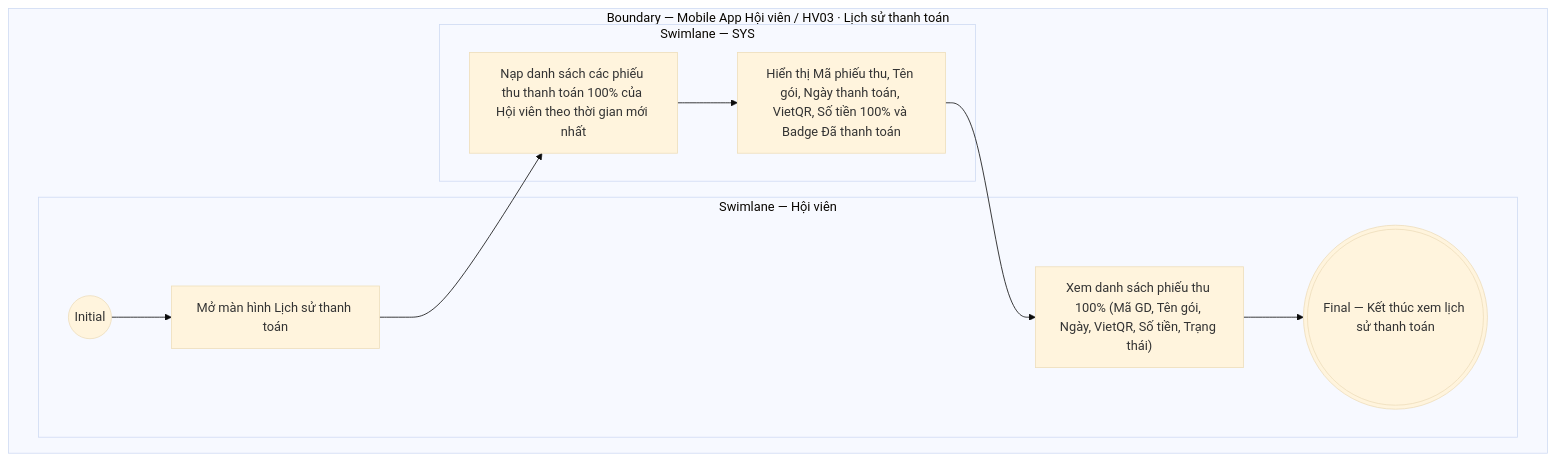
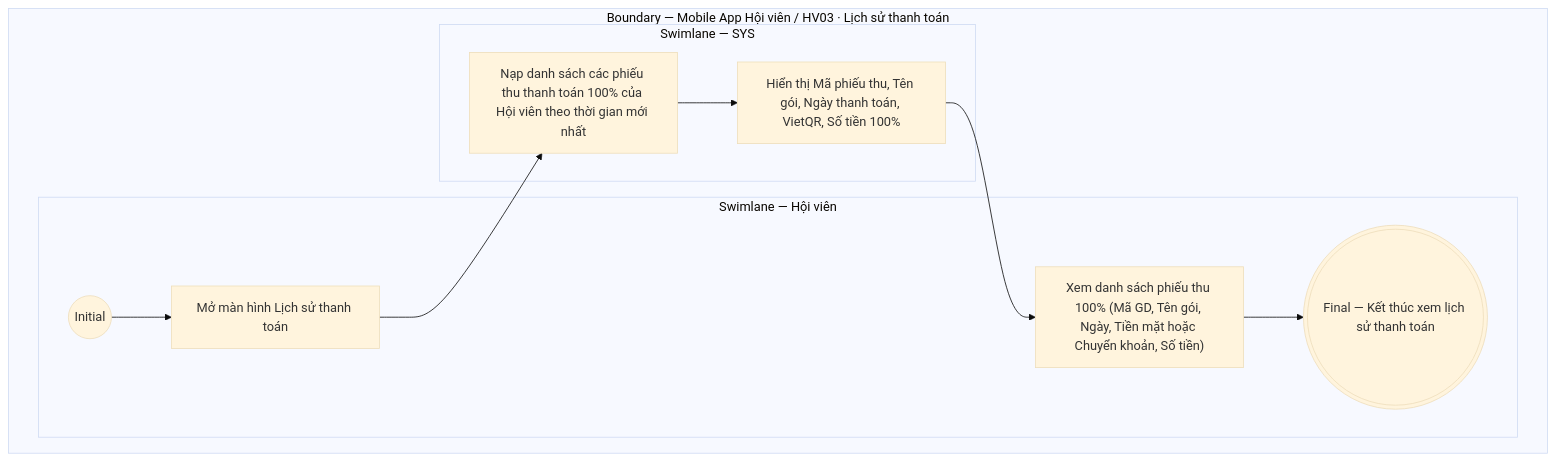
One commit to ThachY-23120411/Paradise-Gym-v2 changed the diagram in docs/user-stories/hoi-vien/HV03-Gói của tôi/HV03-US06-Xem lịch sử thanh toán.md. Above: the diagram before and after it, drawn with Mermaid (base theme). The commit also changed other lines of this file and 2325 other files, not shown here.

````diff
--- a/docs/user-stories/hoi-vien/HV03-Gói của tôi/HV03-US06-Xem lịch sử thanh toán.md
+++ b/docs/user-stories/hoi-vien/HV03-Gói của tôi/HV03-US06-Xem lịch sử thanh toán.md
@@ -49,21 +53,21 @@
 ```mermaid
 flowchart TB
   subgraph B["Boundary — Mobile App Hội viên / HV03 · Lịch sử thanh toán"]
     subgraph L0["Swimlane — Hội viên"]
       I01(("Initial"))
       A01["Mở màn hình Lịch sử thanh toán"]
-      A02["Xem danh sách phiếu thu 100% (Mã GD, Tên gói, Ngày, VietQR, Số tiền, Trạng thái)"]
+      A02["Xem danh sách phiếu thu 100% (Mã GD, Tên gói, Ngày, Tiền mặt hoặc Chuyển khoản, Số tiền)"]
       F01((("Final — Kết thúc xem lịch sử thanh toán")))
 
       I01 --> A01
       A02 --> F01
     end
 
     subgraph L1["Swimlane — SYS"]
       S01["Nạp danh sách các phiếu thu thanh toán 100% của Hội viên theo thời gian mới nhất"]
-      S02["Hiển thị Mã phiếu thu, Tên gói, Ngày thanh toán, VietQR, Số tiền 100% và Badge Đã thanh toán"]
+      S02["Hiển thị Mã phiếu thu, Tên gói, Ngày thanh toán, VietQR, Số tiền 100%"]
 
       A01 --> S01 --> S02 --> A02
     end
   end
 ```
````
